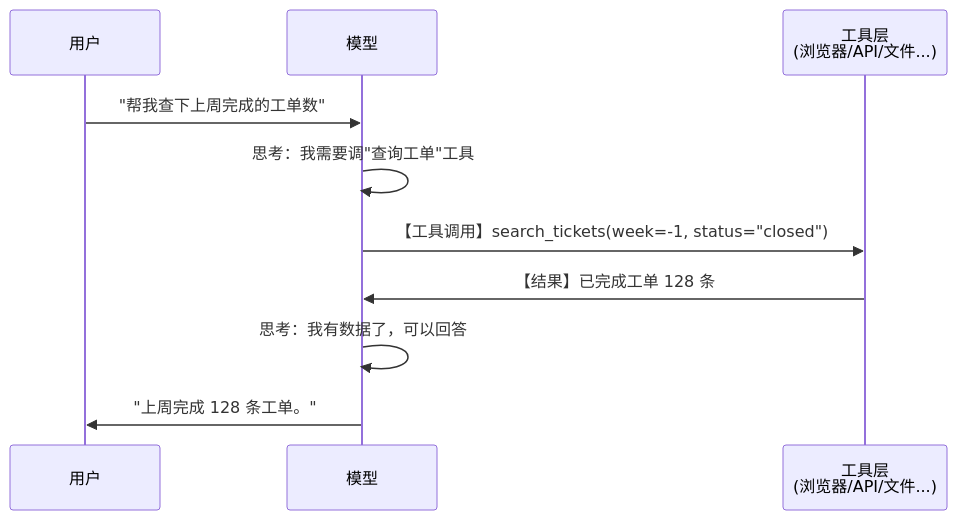
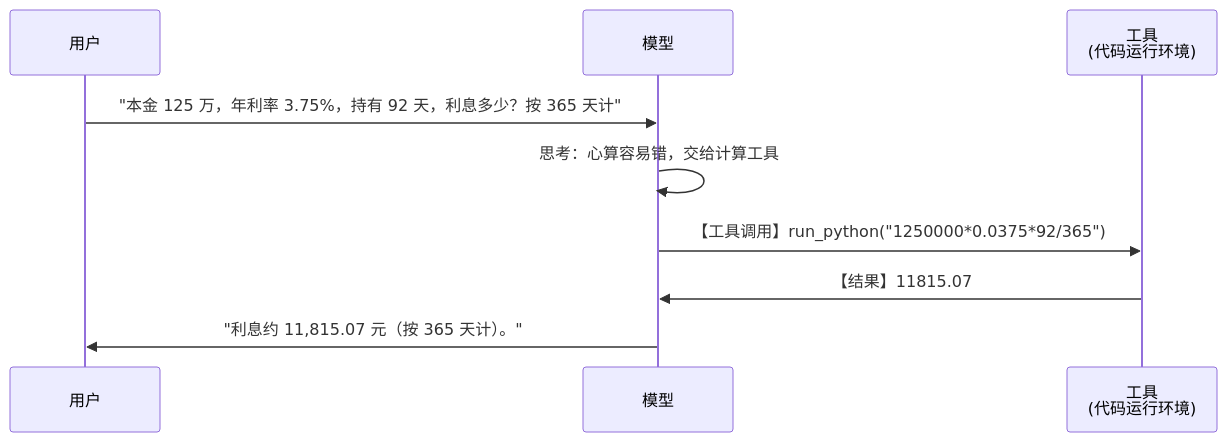
Before and after one commit to rangerqu/intro-agentic-ai: the third of 5 diagrams in slides.md, drawn with Mermaid. The commit also changed other lines of this file and 2 other files, not shown here.

````diff
--- a/slides.md
+++ b/slides.md
@@ -1636,13 +1239,12 @@
-```mermaid {scale: 0.68}
+```mermaid {scale: 0.66}
 sequenceDiagram
   participant U as 用户
   participant M as 模型
-  participant T as 工具层<br/>(浏览器/API/文件...)
+  participant T as 工具<br/>(代码运行环境)
 
-  U->>M: "帮我查下上周完成的工单数"
-  M->>M: 思考：我需要调"查询工单"工具
-  M->>T: 【工具调用】search_tickets(week=-1, status="closed")
-  T->>M: 【结果】已完成工单 128 条
-  M->>M: 思考：我有数据了，可以回答
-  M->>U: "上周完成 128 条工单。"
+  U->>M: "本金 125 万，年利率 3.75%，持有 92 天，利息多少？按 365 天计"
+  M->>M: 思考：心算容易错，交给计算工具
+  M->>T: 【工具调用】run_python("1250000*0.0375*92/365")
+  T->>M: 【结果】11815.07
+  M->>U: "利息约 11,815.07 元（按 365 天计）。"
 ```
````
